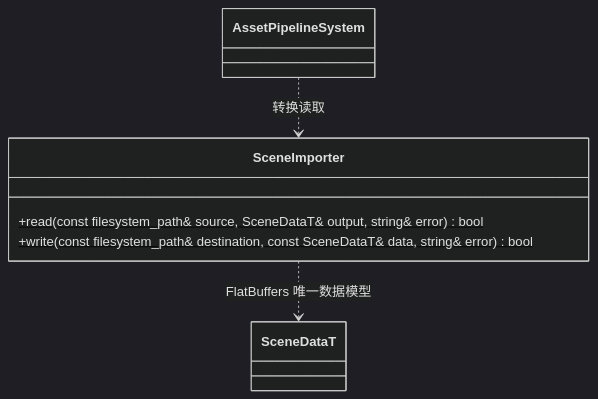
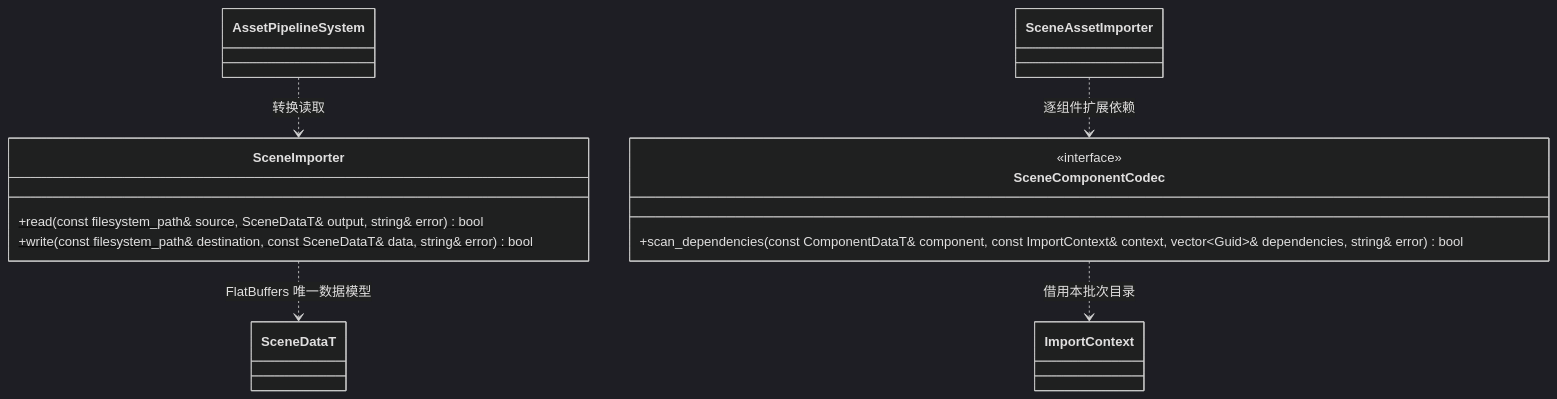
One commit to lcals/Engine changed the diagram in docs/editor/class-diagrams/scene-importer.md. Above: the diagram before and after it, drawn with Mermaid (dark theme). The commit also changed other lines of this file and 107 other files, not shown here.

````diff
--- a/docs/editor/class-diagrams/scene-importer.md
+++ b/docs/editor/class-diagrams/scene-importer.md
@@ -5,11 +5,19 @@
 ```mermaid
 classDiagram
     class SceneImporter {
         +read(const filesystem_path& source, SceneDataT& output, string& error)$ bool
         +write(const filesystem_path& destination, const SceneDataT& data, string& error)$ bool
     }
     class SceneDataT
     class AssetPipelineSystem
+    class SceneComponentCodec {
+        <<interface>>
+        +scan_dependencies(const ComponentDataT& component, const ImportContext& context, vector~Guid~& dependencies, string& error) bool
+    }
+    class ImportContext
+    class SceneAssetImporter
+    SceneAssetImporter ..> SceneComponentCodec : 逐组件扩展依赖
+    SceneComponentCodec ..> ImportContext : 借用本批次目录
     SceneImporter ..> SceneDataT : FlatBuffers 唯一数据模型
     AssetPipelineSystem ..> SceneImporter : 转换读取
 ```
````
